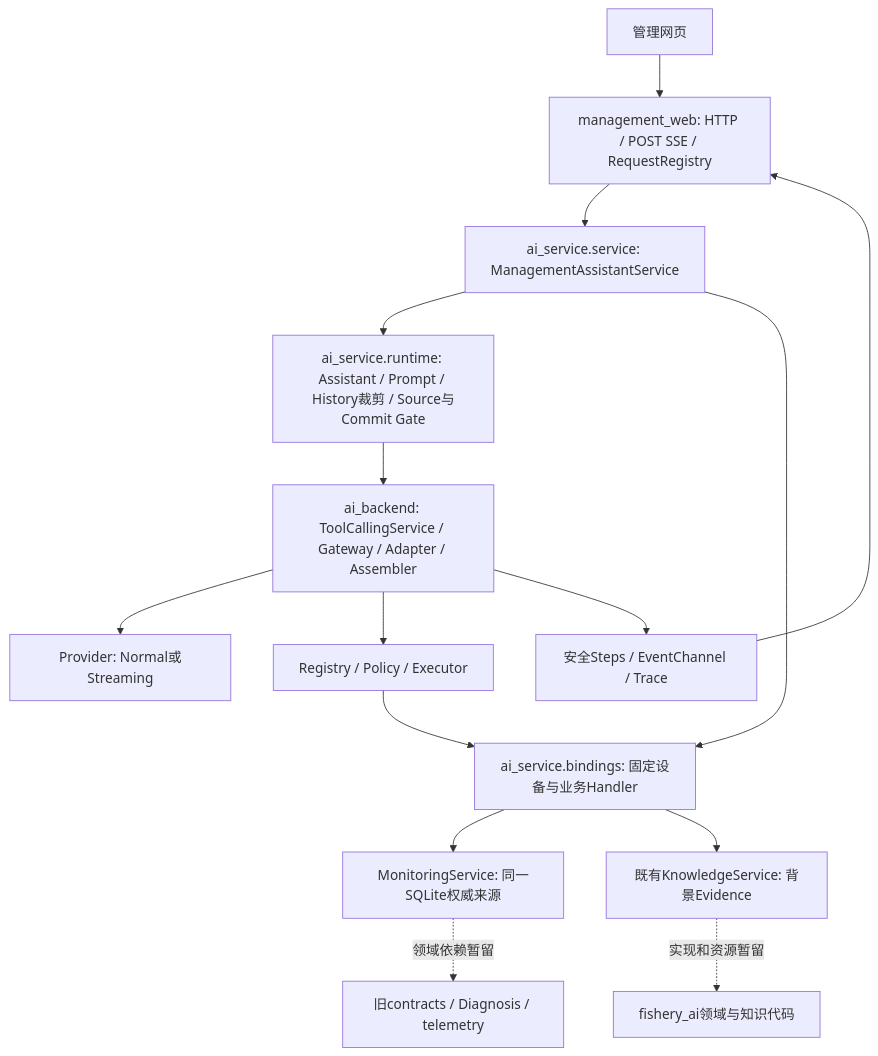
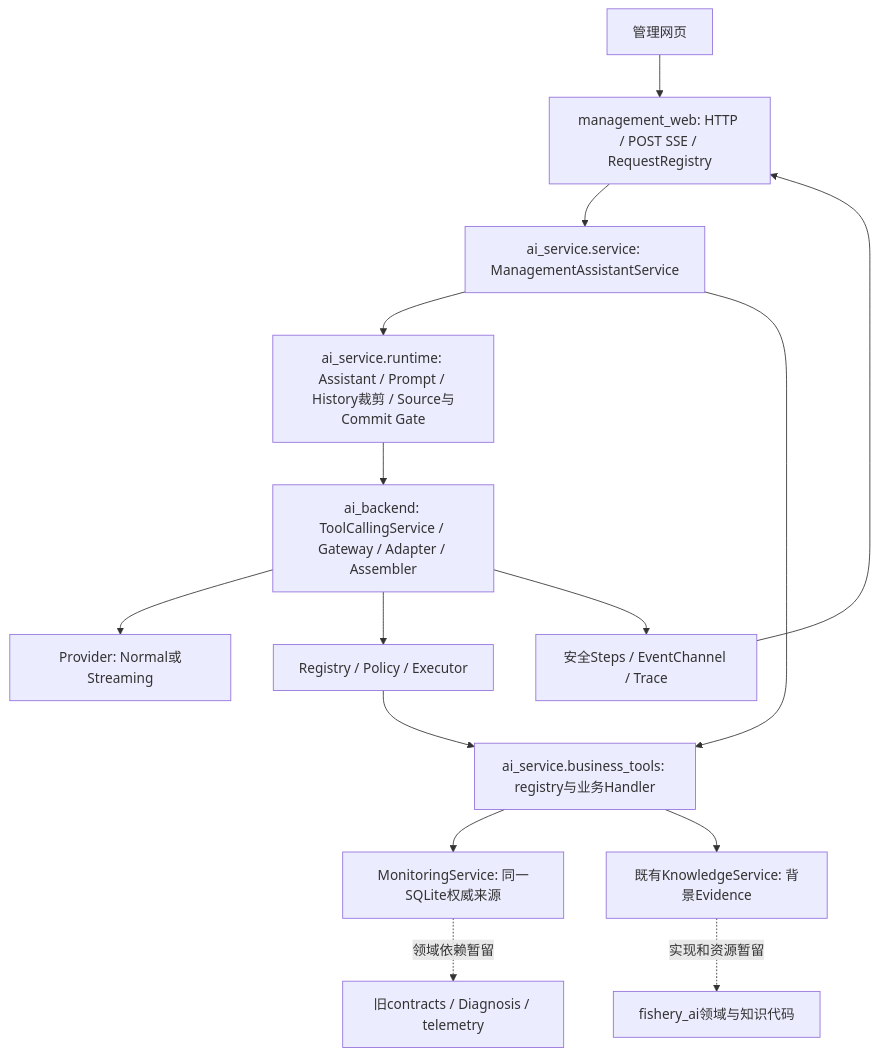
One commit to Mikorchara/FisheryAgent changed the diagram in apps/docs/AI_BACKEND_DEVELOPMENT_GUIDE.md. Above: the diagram before and after it, drawn with Mermaid. The commit also changed other lines of this file and 30 other files, not shown here.

````diff
--- a/apps/docs/AI_BACKEND_DEVELOPMENT_GUIDE.md
+++ b/apps/docs/AI_BACKEND_DEVELOPMENT_GUIDE.md
@@ -23,17 +24,17 @@
 ```mermaid
 flowchart TD
     UI[管理网页] --> HTTP[management_web: HTTP / POST SSE / RequestRegistry]
     HTTP --> SERVICE[ai_service.service: ManagementAssistantService]
     SERVICE --> BUSINESS[ai_service.runtime: Assistant / Prompt / History裁剪 / Source与Commit Gate]
-    SERVICE --> BIND[ai_service.bindings: 固定设备与业务Handler]
+    SERVICE --> BIND[ai_service.business_tools: registry与业务Handler]
     BUSINESS --> BACKEND[ai_backend: ToolCallingService / Gateway / Adapter / Assembler]
     BACKEND --> PROVIDER[Provider: Normal或Streaming]
     BACKEND --> EXEC[Registry / Policy / Executor]
     EXEC --> BIND
     BIND --> MON[MonitoringService: 同一SQLite权威来源]
     BIND --> KNOW[既有KnowledgeService: 背景Evidence]
     MON -. 领域依赖暂留 .-> DOMAIN[旧contracts / Diagnosis / telemetry]
     KNOW -. 实现和资源暂留 .-> OLD[fishery_ai领域与知识代码]
     BACKEND --> EVENTS[安全Steps / EventChannel / Trace]
     EVENTS --> HTTP
 ```
````
